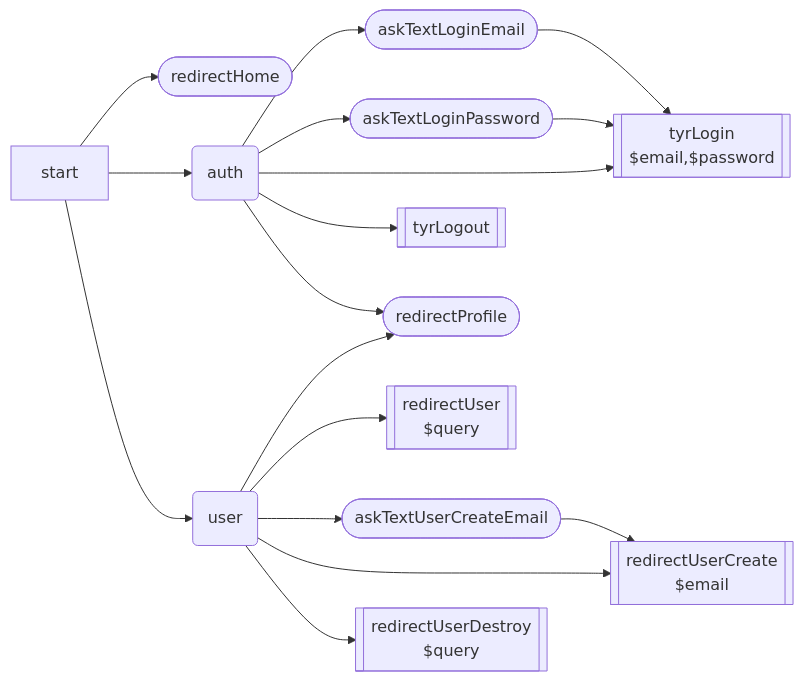
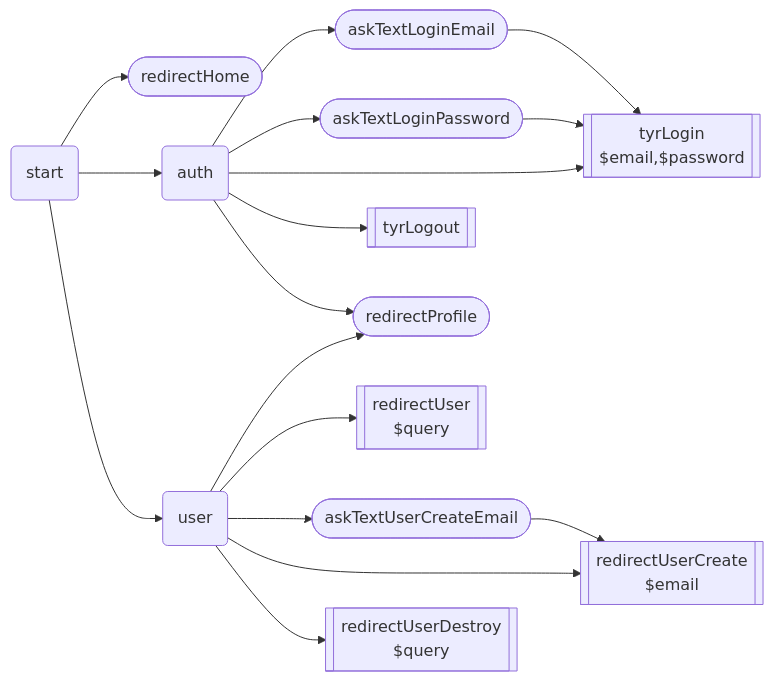
The diagram in resources/agent/flowchart.md (blocs/admin), drawn with Mermaid before and after one commit.

Commit message:
add agentのテスト機能を追加

````diff
--- a/resources/agent/flowchart.md
+++ b/resources/agent/flowchart.md
@@ -1,23 +1,23 @@
 ```mermaid
 flowchart LR
-    start --> Home([redirectHome])
+    start(start) --> Home([redirectHome])
     start --> auth(auth)
         auth --> TextLoginEmail([askTextLoginEmail])
         auth --> TextLoginPassword([askTextLoginPassword])
         auth --> Login[[tyrLogin
         $email,$password]]
         TextLoginEmail --> Login
         TextLoginPassword --> Login
         auth --> Logout[[tyrLogout]]
         auth --> Profile([redirectProfile])
     start --> user(user)
         user --> Profile([redirectProfile])
         user --> User[[redirectUser
         $query]]
         user --> TextUserCreateEmail([askTextUserCreateEmail])
         user --> UserCreate[[redirectUserCreate
         $email]]
         TextUserCreateEmail --> UserCreate
         user --> UserDestroy[[redirectUserDestroy
         $query]]
 ```
````
